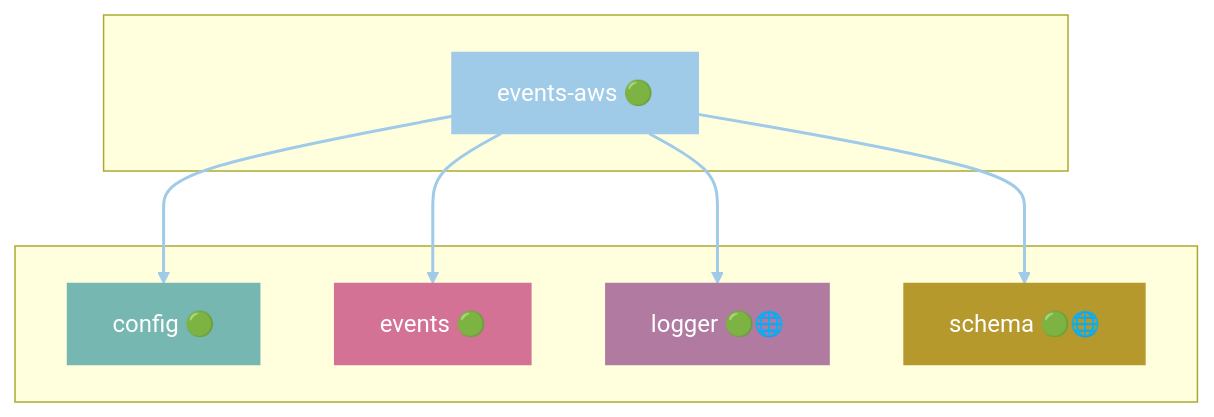
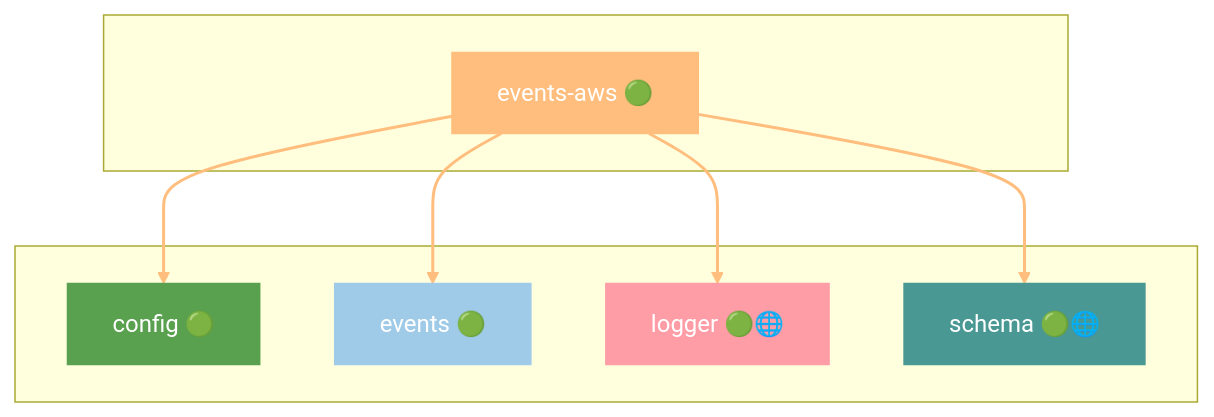
Before and after one commit to grest-ts/grest-ts: diagram 18 of 43 in docs/DEPENDENCIES.md, drawn with Mermaid. The commit also changed other lines of this file and 86 other files, not shown here.

````diff
--- a/docs/DEPENDENCIES.md
+++ b/docs/DEPENDENCIES.md
@@ -909,25 +959,25 @@
 ```mermaid
 flowchart TB
     subgraph Package[" "]
         events-aws["events-aws 🟢"]
     end
     subgraph Dependencies[" "]
         config["config 🟢"]
         events["events 🟢"]
         logger["logger 🟢🌐"]
         schema["schema 🟢🌐"]
     end
     events-aws --> config
     events-aws --> events
     events-aws --> logger
     events-aws --> schema
-    style events-aws fill:#A0CBE8,stroke:#A0CBE8,color:#fff
-    style config fill:#76B7B2,stroke:#76B7B2,color:#fff
-    style events fill:#D37295,stroke:#D37295,color:#fff
-    style logger fill:#B07AA1,stroke:#B07AA1,color:#fff
-    style schema fill:#B6992D,stroke:#B6992D,color:#fff
-    linkStyle 0 stroke:#A0CBE8,stroke-width:2px
-    linkStyle 1 stroke:#A0CBE8,stroke-width:2px
-    linkStyle 2 stroke:#A0CBE8,stroke-width:2px
-    linkStyle 3 stroke:#A0CBE8,stroke-width:2px
+    style events-aws fill:#FFBE7D,stroke:#FFBE7D,color:#fff
+    style config fill:#59A14F,stroke:#59A14F,color:#fff
+    style events fill:#A0CBE8,stroke:#A0CBE8,color:#fff
+    style logger fill:#FF9DA7,stroke:#FF9DA7,color:#fff
+    style schema fill:#499894,stroke:#499894,color:#fff
+    linkStyle 0 stroke:#FFBE7D,stroke-width:2px
+    linkStyle 1 stroke:#FFBE7D,stroke-width:2px
+    linkStyle 2 stroke:#FFBE7D,stroke-width:2px
+    linkStyle 3 stroke:#FFBE7D,stroke-width:2px
 ```
````
